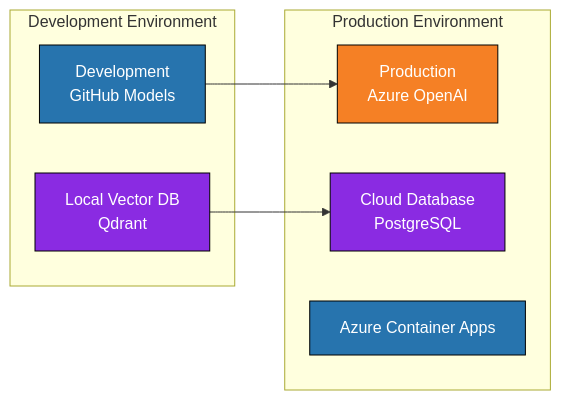
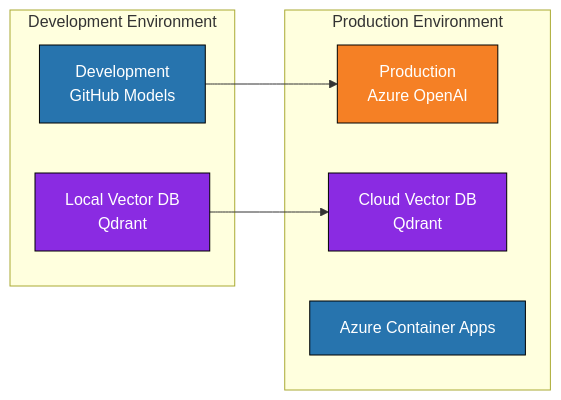
The third of 3 diagrams in README.md (dotnet-presentations/ai-workshop), drawn with Mermaid before and after one commit. The commit also changed other lines of this file and 4 other files, not shown here.

Commit message:
Final cleanup: remove EF references from complete, update README architecture, revert start to template defaults

````diff
--- a/README.md
+++ b/README.md
@@ -84,24 +85,24 @@
 ```mermaid
 flowchart LR
     Dev[Development<br>GitHub Models] --> Prod[Production<br>Azure OpenAI]
-    Local[Local Vector DB<br>Qdrant] --> Cloud[Cloud Database<br>PostgreSQL]
+    Local[Local Vector DB<br>Qdrant] --> Cloud[Cloud Vector DB<br>Qdrant]
     
     subgraph Development Environment
         Dev
         Local
     end
     
     subgraph Production Environment
         Prod
         Cloud
         ACA[Azure Container Apps]
     end
     
     classDef devnode fill:#2774AE,stroke:#000,color:#fff
     classDef prodnode fill:#F58025,stroke:#000,color:#fff
     classDef dbnode fill:#8A2BE2,stroke:#000,color:#fff
     
     class Dev,ACA devnode
     class Prod prodnode
     class Local,Cloud dbnode
 ```
````
